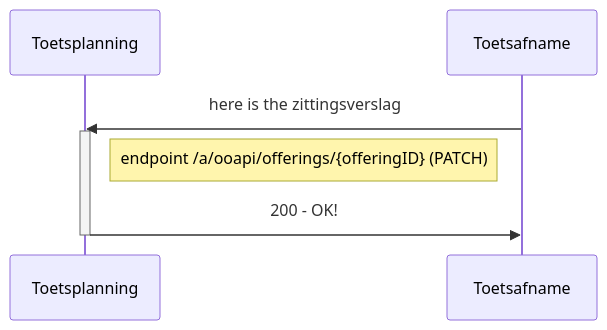
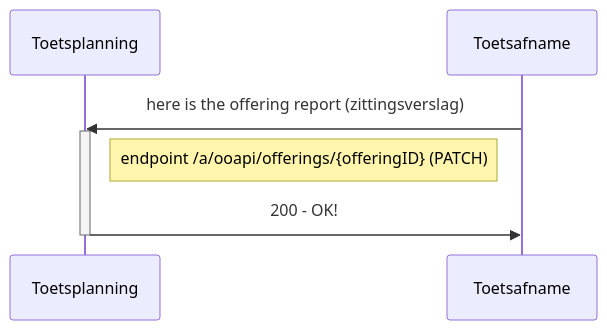
Before and after one commit to NetwerkExamineringDigitalisering/NED-OOAPI: the first of 2 diagrams in doc/diagrams/flow4.md, drawn with Mermaid. The commit also changed other lines of this file, not shown here.

````diff
--- a/doc/diagrams/flow4.md
+++ b/doc/diagrams/flow4.md
@@ -8,11 +8,11 @@
 ```mermaid
 sequenceDiagram
     participant Toetsplanning
     participant Toetsafname
 
-    Toetsafname->>Toetsplanning: here is the zittingsverslag
+    Toetsafname->>Toetsplanning: here is the offering report (zittingsverslag)
     activate Toetsplanning
     Note right of Toetsplanning: endpoint /a/ooapi/offerings/{offeringID} (PATCH)
     Toetsplanning->>Toetsafname: 200 - OK!
     deactivate Toetsplanning
 ```
````
